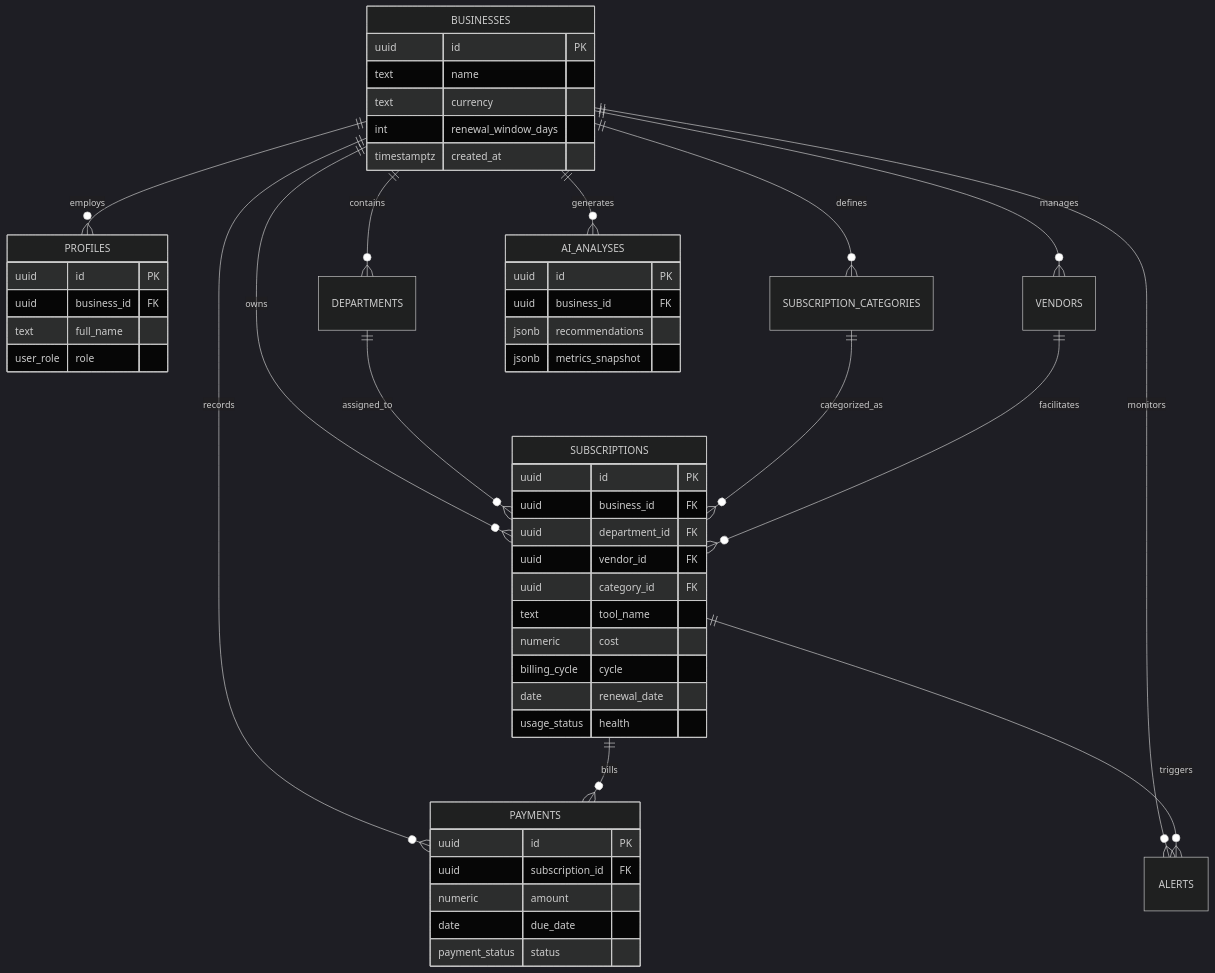
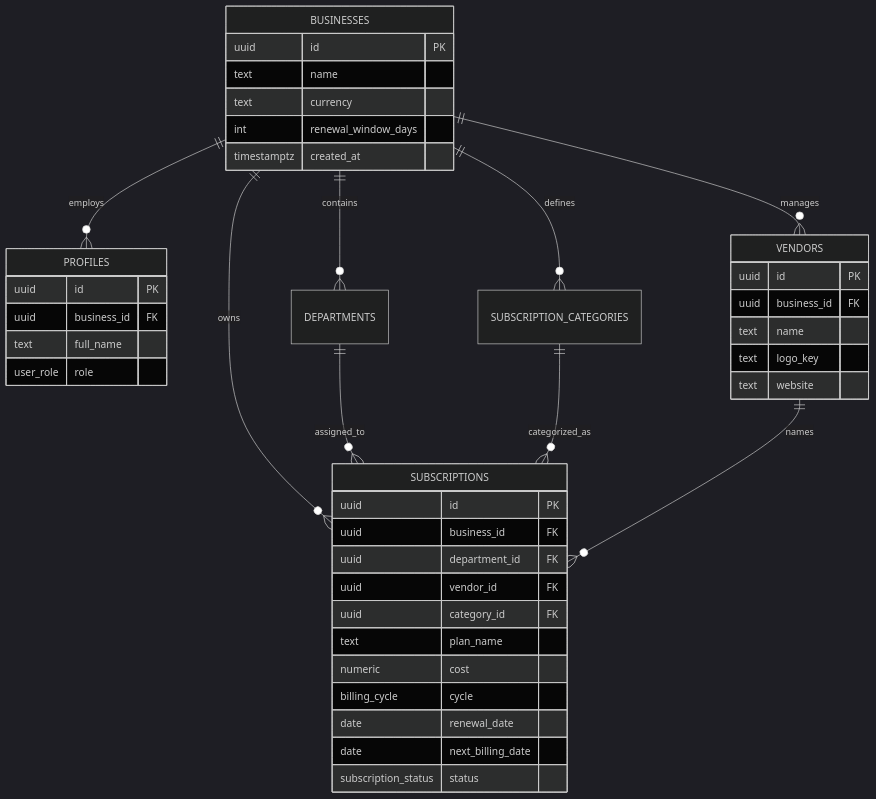
One commit to jibran-jalali/spend-guard changed the diagram in TECHNICAL_DOCUMENTATION.md. Above: the diagram before and after it, drawn with Mermaid (dark theme). The commit also changed other lines of this file and 14 other files, not shown here.

Commit message:
Enhance SpendGuard: Premium AI Chat UI, Logo Preloader, Improved Subscriptions UI, and AI System Prompt Hardening

````diff
--- a/TECHNICAL_DOCUMENTATION.md
+++ b/TECHNICAL_DOCUMENTATION.md
@@ -10,60 +11,49 @@
 ```mermaid
 erDiagram
     BUSINESSES ||--o{ PROFILES : employs
     BUSINESSES ||--o{ DEPARTMENTS : contains
     BUSINESSES ||--o{ SUBSCRIPTION_CATEGORIES : defines
     BUSINESSES ||--o{ VENDORS : manages
     BUSINESSES ||--o{ SUBSCRIPTIONS : owns
-    BUSINESSES ||--o{ PAYMENTS : records
-    BUSINESSES ||--o{ ALERTS : monitors
-    BUSINESSES ||--o{ AI_ANALYSES : generates
 
     DEPARTMENTS ||--o{ SUBSCRIPTIONS : assigned_to
     SUBSCRIPTION_CATEGORIES ||--o{ SUBSCRIPTIONS : categorized_as
-    VENDORS ||--o{ SUBSCRIPTIONS : facilitates
-    SUBSCRIPTIONS ||--o{ PAYMENTS : bills
-    SUBSCRIPTIONS ||--o{ ALERTS : triggers
+    VENDORS ||--o{ SUBSCRIPTIONS : names
 
     BUSINESSES {
         uuid id PK
         text name
         text currency
         int renewal_window_days
         timestamptz created_at
     }
 
     PROFILES {
         uuid id PK
         uuid business_id FK
         text full_name
         user_role role
     }
 
+    VENDORS {
+        uuid id PK
+        uuid business_id FK
+        text name
+        text logo_key
+        text website
+    }
+
     SUBSCRIPTIONS {
         uuid id PK
         uuid business_id FK
         uuid department_id FK
         uuid vendor_id FK
         uuid category_id FK
-        text tool_name
+        text plan_name
         numeric cost
         billing_cycle cycle
         date renewal_date
-        usage_status health
-    }
-
-    PAYMENTS {
-        uuid id PK
-        uuid subscription_id FK
-        numeric amount
-        date due_date
-        payment_status status
-    }
-
-    AI_ANALYSES {
-        uuid id PK
-        uuid business_id FK
-        jsonb recommendations
-        jsonb metrics_snapshot
+        date next_billing_date
+        subscription_status status
     }
 ```
````
